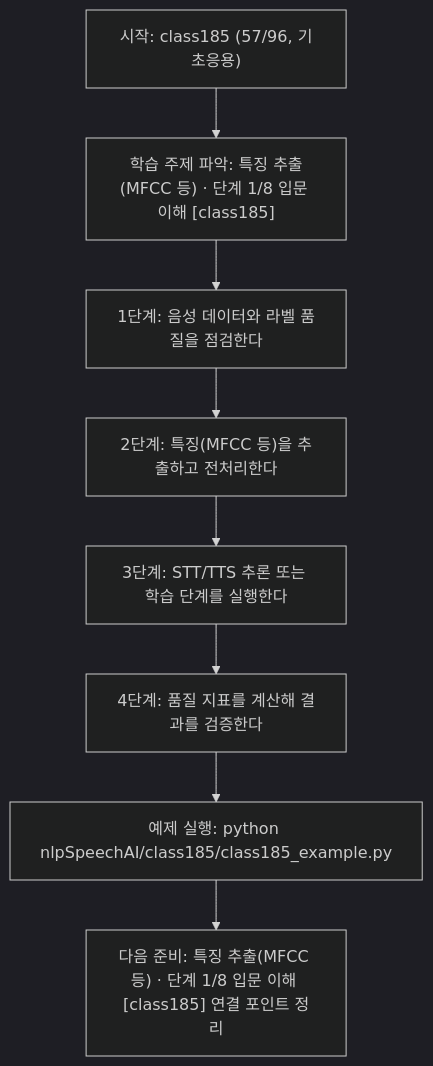
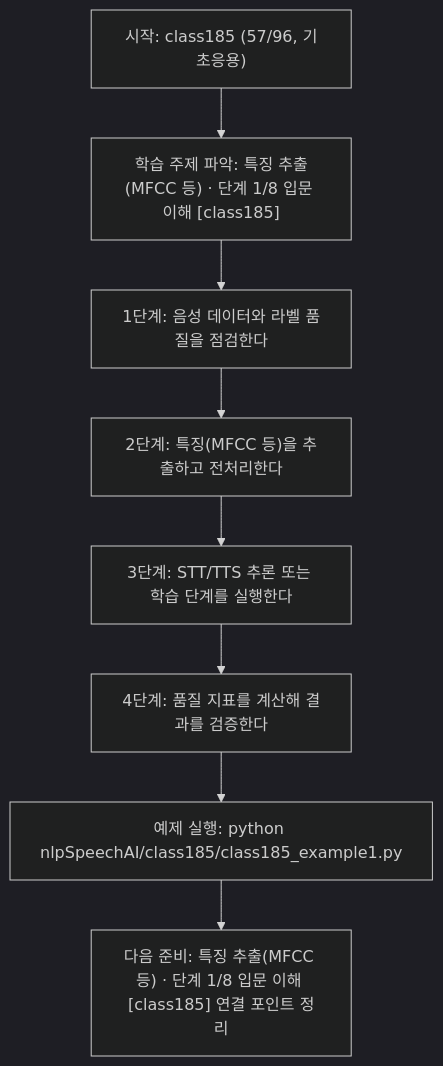
Before and after one commit to edumgt/Python-AI_Agent-Class: the diagram in nlpSpeechAI/class185/class185.md, drawn with Mermaid (dark theme). The commit also changed other lines of this file and 2959 other files, not shown here.

````diff
--- a/nlpSpeechAI/class185/class185.md
+++ b/nlpSpeechAI/class185/class185.md
@@ -114,18 +114,18 @@
 ```mermaid
 flowchart TD
 N1["시작: class185 (57/96, 기초응용)"]
 N2["학습 주제 파악: 특징 추출(MFCC 등) · 단계 1/8 입문 이해 [class185]"]
 N3["1단계: 음성 데이터와 라벨 품질을 점검한다"]
 N4["2단계: 특징(MFCC 등)을 추출하고 전처리한다"]
 N5["3단계: STT/TTS 추론 또는 학습 단계를 실행한다"]
 N6["4단계: 품질 지표를 계산해 결과를 검증한다"]
-N7["예제 실행: python nlpSpeechAI/class185/class185_example.py"]
+N7["예제 실행: python nlpSpeechAI/class185/class185_example1.py"]
 N8["다음 준비: 특징 추출(MFCC 등) · 단계 1/8 입문 이해 [class185] 연결 포인트 정리"]
 N1 --> N2
 N2 --> N3
 N3 --> N4
 N4 --> N5
 N5 --> N6
 N6 --> N7
 N7 --> N8
 ```
````
